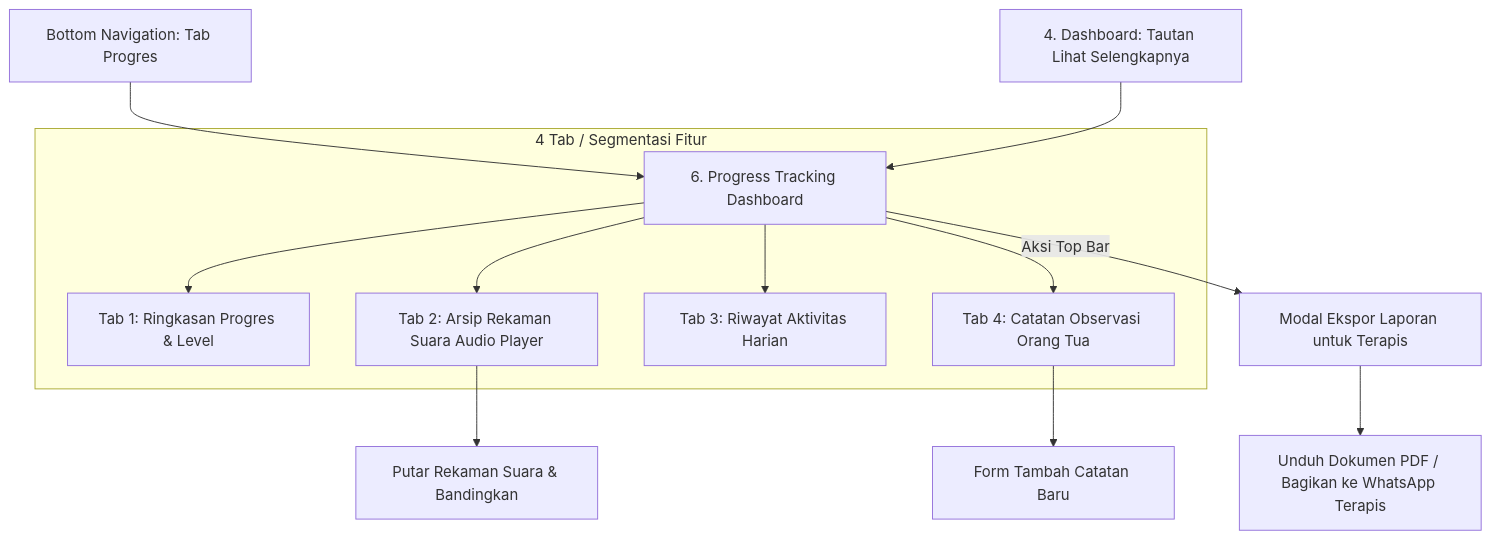
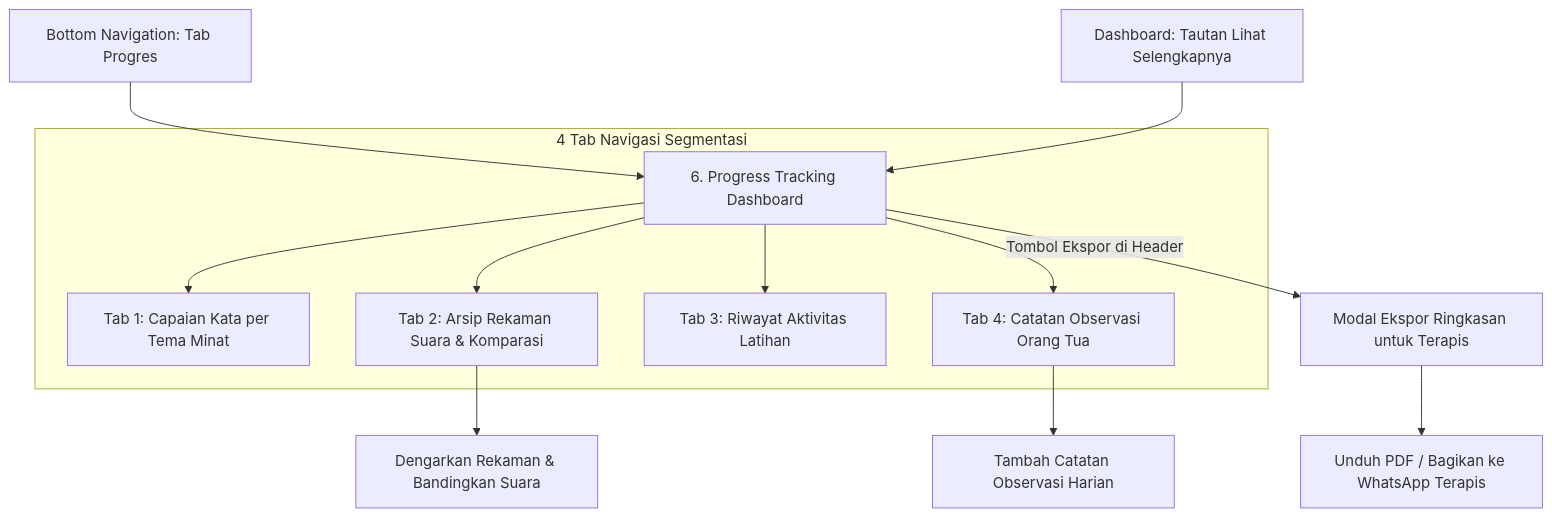
Before and after one commit to nabathnm/prd-celoteh: the diagram in 6. Progress Tracking.md, drawn with Mermaid. The commit also changed other lines of this file and 6 other files, not shown here.

````diff
--- a/6. Progress Tracking.md
+++ b/6. Progress Tracking.md
@@ -37,18 +30,18 @@
 ```mermaid
 flowchart TD
     BottomNav[Bottom Navigation: Tab Progres] --> TrackingMain[6. Progress Tracking Dashboard]
-    DashboardLink[4. Dashboard: Tautan Lihat Selengkapnya] --> TrackingMain
+    DashboardLink[Dashboard: Tautan Lihat Selengkapnya] --> TrackingMain
     
-    subgraph TrackingTabs ["4 Tab / Segmentasi Fitur"]
-        TrackingMain --> Tab1[Tab 1: Ringkasan Progres & Level]
-        TrackingMain --> Tab2[Tab 2: Arsip Rekaman Suara Audio Player]
-        TrackingMain --> Tab3[Tab 3: Riwayat Aktivitas Harian]
+    subgraph TrackingTabs ["4 Tab Navigasi Segmentasi"]
+        TrackingMain --> Tab1[Tab 1: Capaian Kata per Tema Minat]
+        TrackingMain --> Tab2[Tab 2: Arsip Rekaman Suara & Komparasi]
+        TrackingMain --> Tab3[Tab 3: Riwayat Aktivitas Latihan]
         TrackingMain --> Tab4[Tab 4: Catatan Observasi Orang Tua]
     end
     
-    Tab2 --> PlayAudio[Putar Rekaman Suara & Bandingkan]
-    Tab4 --> AddNoteModal[Form Tambah Catatan Baru]
+    Tab2 --> PlayAudio[Dengarkan Rekaman & Bandingkan Suara]
+    Tab4 --> AddNoteModal[Tambah Catatan Observasi Harian]
     
-    TrackingMain -->|Aksi Top Bar| ExportModal[Modal Ekspor Laporan untuk Terapis]
-    ExportModal --> GeneratePDF[Unduh Dokumen PDF / Bagikan ke WhatsApp Terapis]
+    TrackingMain -->|Tombol Ekspor di Header| ExportModal[Modal Ekspor Ringkasan untuk Terapis]
+    ExportModal --> ShareReport[Unduh PDF / Bagikan ke WhatsApp Terapis]
 ```
````
